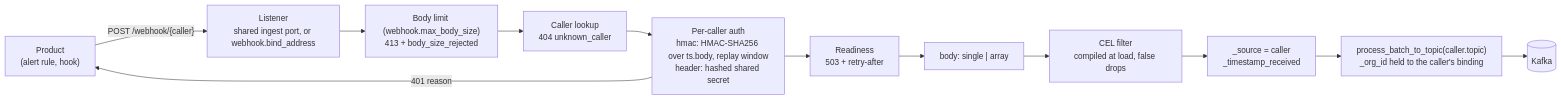
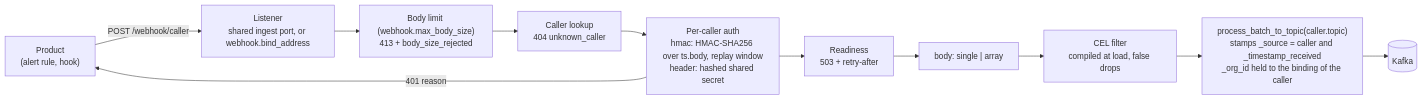
Before and after one commit to hyperi-io/dfe-receiver: the diagram in docs/internals.md, drawn with Mermaid. The commit also changed other lines of this file and 14 other files, not shown here.

````diff
--- a/docs/internals.md
+++ b/docs/internals.md
@@ -416,14 +219,13 @@
 ```mermaid
 flowchart LR
-    P["Product<br/>(alert rule, hook)"] -->|"POST /webhook/{caller}"| L["Listener<br/>shared ingest port, or webhook.bind_address"]
+    P["Product<br/>(alert rule, hook)"] -->|POST /webhook/caller| L["Listener<br/>shared ingest port, or webhook.bind_address"]
     L --> LIM["Body limit (webhook.max_body_size)<br/>413 + body_size_rejected"]
     LIM --> CALLER["Caller lookup<br/>404 unknown_caller"]
     CALLER --> AUTH["Per-caller auth<br/>hmac: HMAC-SHA256 over ts.body, replay window<br/>header: hashed shared secret"]
     AUTH -->|401 reason| P
     AUTH --> READY["Readiness<br/>503 + retry-after"]
     READY --> SPLIT["body: single | array"]
     SPLIT --> FILTER["CEL filter<br/>compiled at load, false drops"]
-    FILTER --> STAMP["_source = caller<br/>_timestamp_received"]
-    STAMP --> TOPIC["process_batch_to_topic(caller.topic)<br/>_org_id held to the caller's binding"]
-    TOPIC --> KAFKA[("Kafka")]
+    FILTER --> TOPIC["process_batch_to_topic(caller.topic)<br/>stamps _source = caller and _timestamp_received<br/>_org_id held to the binding of the caller"]
+    TOPIC --> KAFKA[(Kafka)]
 ```
````
